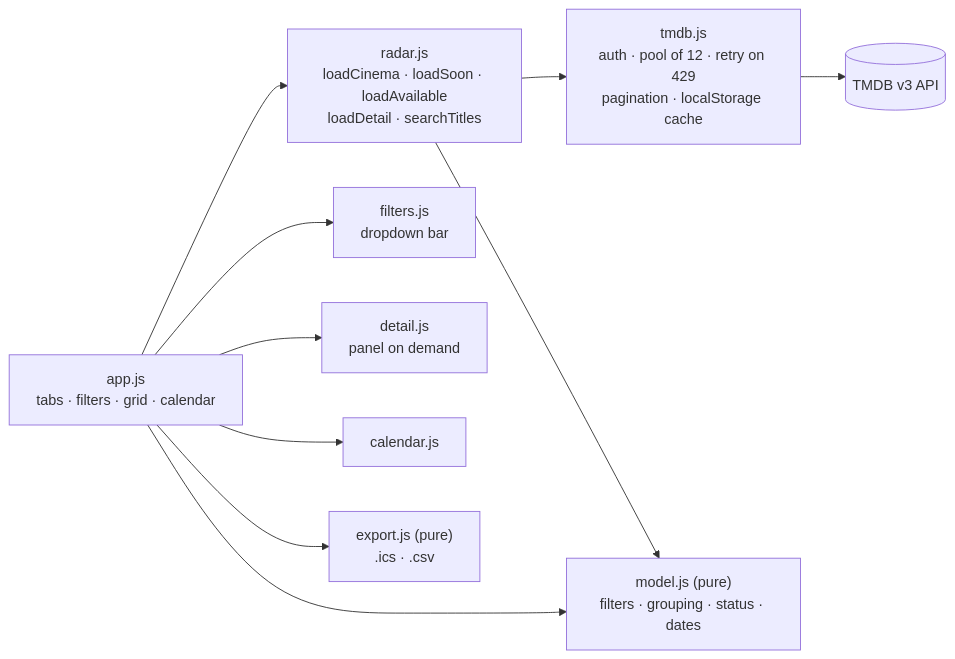
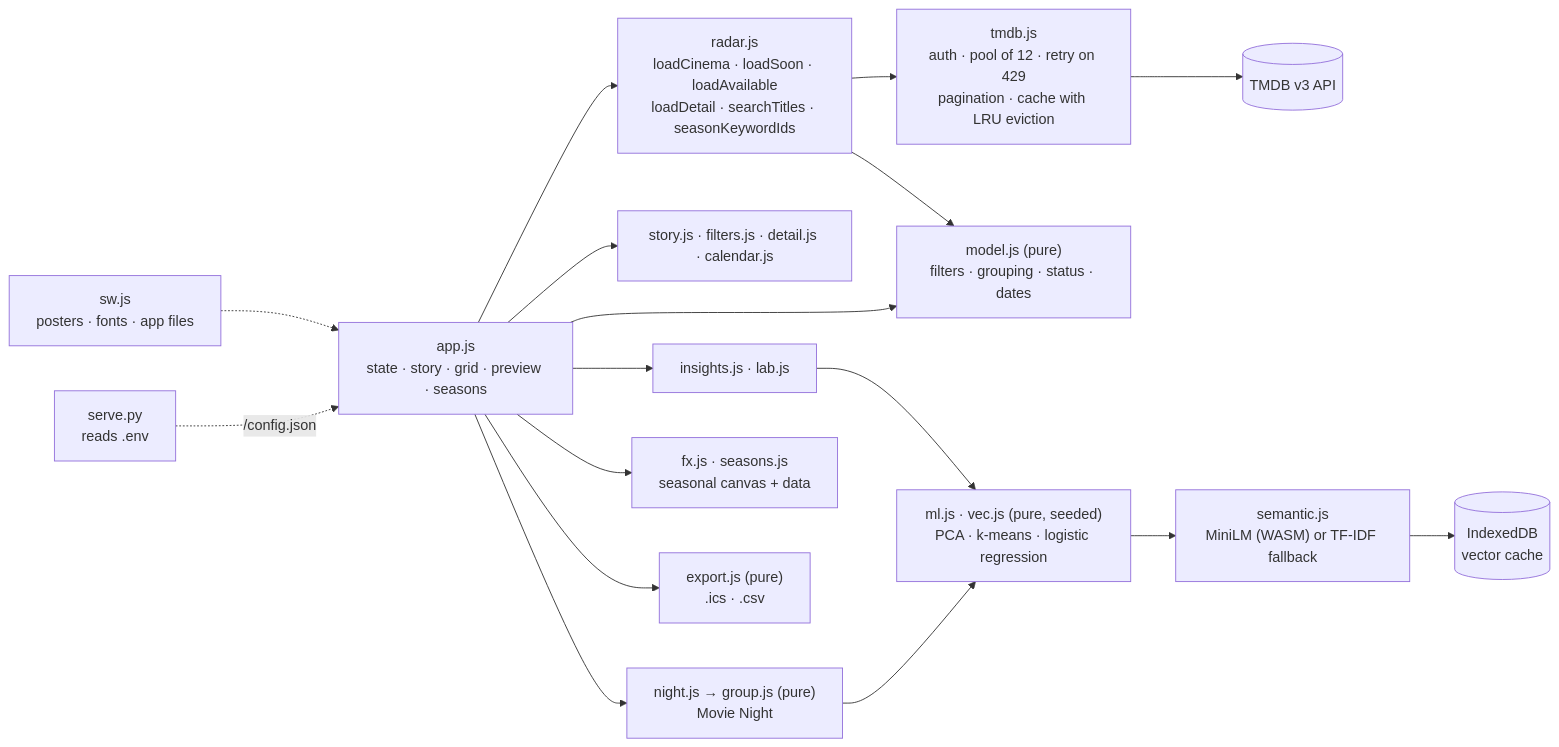
Before and after one commit to zac-knight/ReleaseRadar: the diagram in README.md, drawn with Mermaid. The commit also changed other lines of this file and 57 other files, not shown here.

````diff
--- a/README.md
+++ b/README.md
@@ -129,12 +187,19 @@
 ```mermaid
 flowchart LR
-  UI["app.js<br/>tabs · filters · grid · calendar"] --> R["radar.js<br/>loadCinema · loadSoon · loadAvailable<br/>loadDetail · searchTitles"]
-  R --> T["tmdb.js<br/>auth · pool of 12 · retry on 429<br/>pagination · localStorage cache"]
+  UI["app.js<br/>state · story · grid · preview · seasons"] --> R["radar.js<br/>loadCinema · loadSoon · loadAvailable<br/>loadDetail · searchTitles · seasonKeywordIds"]
+  R --> T["tmdb.js<br/>auth · pool of 12 · retry on 429<br/>pagination · cache with LRU eviction"]
   T --> API[("TMDB v3 API")]
   R --> M["model.js (pure)<br/>filters · grouping · status · dates"]
   UI --> M
-  UI --> F["filters.js<br/>dropdown bar"]
-  UI --> D["detail.js<br/>panel on demand"]
-  UI --> C["calendar.js"]
+  UI --> S["story.js · filters.js · detail.js · calendar.js"]
+  UI --> N["night.js → group.js (pure)<br/>Movie Night"]
+  UI --> I["insights.js · lab.js"]
+  I --> ML["ml.js · vec.js (pure, seeded)<br/>PCA · k-means · logistic regression"]
+  N --> ML
+  ML --> E["semantic.js<br/>MiniLM (WASM) or TF-IDF fallback"]
+  E --> IDB[("IndexedDB<br/>vector cache")]
+  UI --> FX["fx.js · seasons.js<br/>seasonal canvas + data"]
   UI --> X["export.js (pure)<br/>.ics · .csv"]
+  SW["sw.js<br/>posters · fonts · app files"] -.-> UI
+  SRV["serve.py<br/>reads .env"] -. "/config.json" .-> UI
 ```
````
